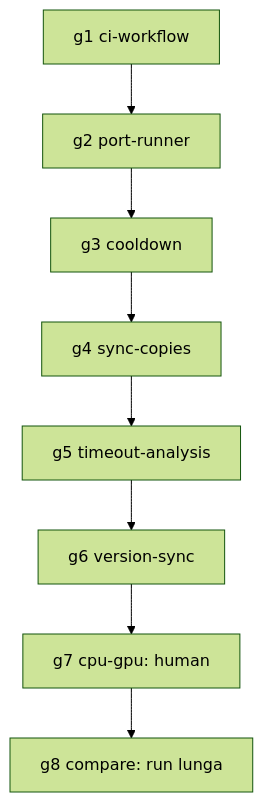
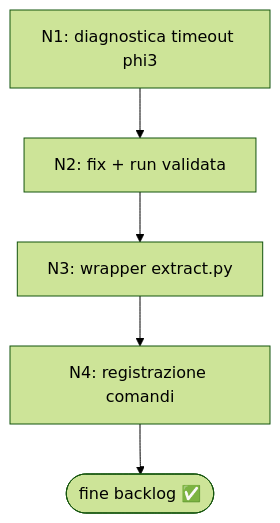
The diagram in product/state/work-graph.md (carlo-tara/HAL), drawn with Mermaid (forest theme) before and after one commit. The commit also changed other lines of this file and 20 other files, not shown here.

First line of the commit message:
feat: benchmark runner migliorato con gate System1 completati e fix timeout phi3

````diff
--- a/product/state/work-graph.md
+++ b/product/state/work-graph.md
@@ -44,10 +39,7 @@
 ```mermaid
 flowchart TD
-  g1[g1 ci-workflow] --> g2[g2 port-runner]
-  g2 --> g3[g3 cooldown]
-  g3 --> g4[g4 sync-copies]
-  g4 --> g5[g5 timeout-analysis]
-  g5 --> g6[g6 version-sync]
-  g6 --> g7[g7 cpu-gpu: human]
-  g7 --> g8[g8 compare: run lunga]
+  N1[N1: diagnostica timeout phi3] --> N2[N2: fix + run validata]
+  N2 --> N3[N3: wrapper extract.py]
+  N3 --> N4[N4: registrazione comandi]
+  N4 --> DONE([fine backlog ✅])
 ```
````
